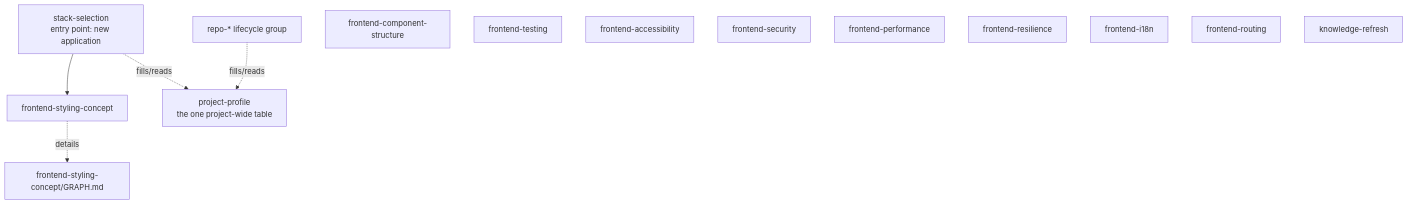
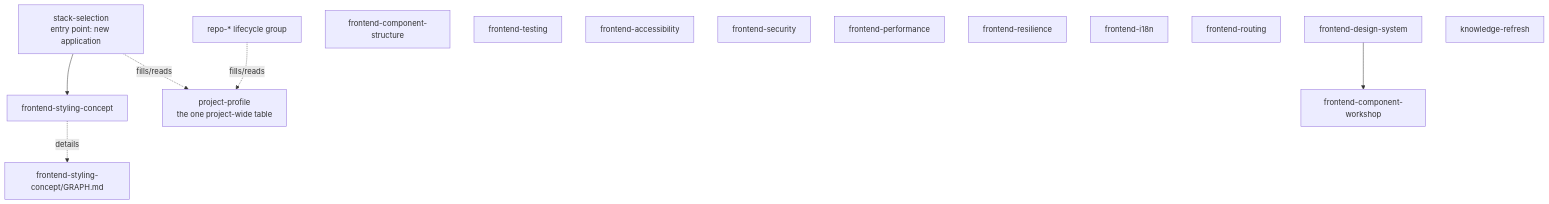
Before and after one commit to murpiano/murpiano-dx: the diagram in skills/GRAPH.md, drawn with Mermaid. The commit also changed other lines of this file and 4 other files, not shown here.

Commit message:
feat(core): add design system and component workshop domains

````diff
--- a/skills/GRAPH.md
+++ b/skills/GRAPH.md
@@ -8,19 +8,20 @@
 ```mermaid
 flowchart TD
     profile[project-profile<br/>the one project-wide table]
     stack[stack-selection<br/>entry point: new application] --> frontend[frontend-styling-concept]
     repo[repo-* lifecycle group]
 
     stack -. fills/reads .-> profile
     repo -. fills/reads .-> profile
     frontend -. details .-> frontendGraph["frontend-styling-concept/GRAPH.md"]
     structure[frontend-component-structure]
     testing[frontend-testing]
     a11y[frontend-accessibility]
     security[frontend-security]
     perf[frontend-performance]
     resilience[frontend-resilience]
     i18n[frontend-i18n]
     routing[frontend-routing]
+    designsystem[frontend-design-system] --> workshop[frontend-component-workshop]
     knowledge[knowledge-refresh]
 ```
````
